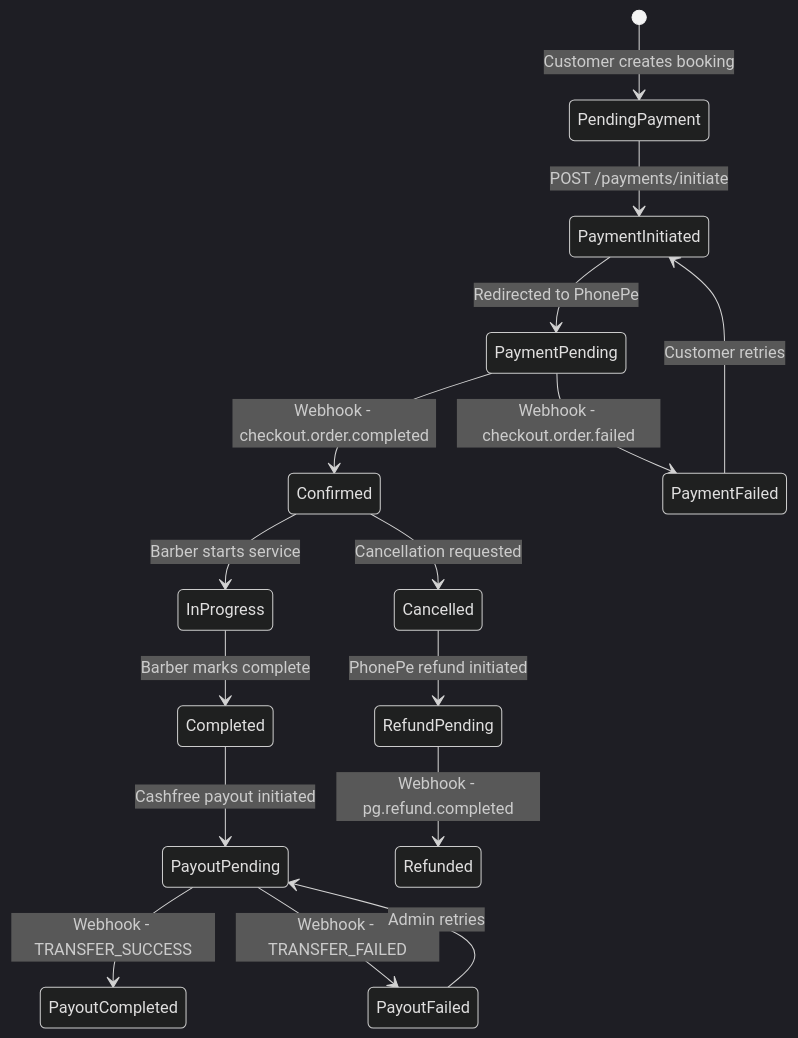
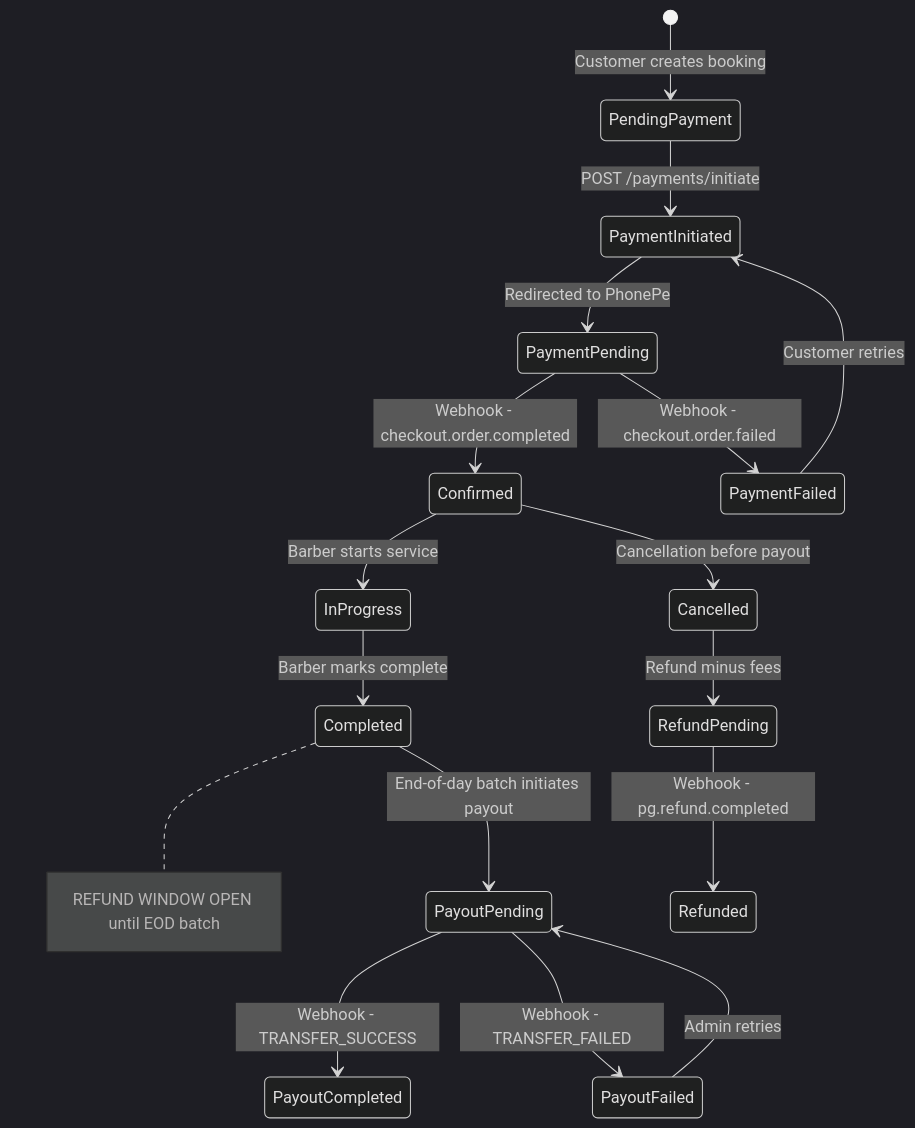
Before and after one commit to evercut-qn/EverCut: the fourth of 4 diagrams in server/docs/features/payments/PAYMENT-GATEWAY-IMPLEMENTATION-GUIDE.md, drawn with Mermaid (dark theme). The commit also changed other lines of this file and 2 other files, not shown here.

First line of the commit message:
docs(payments): add payment-payout logic and update implementation guide

````diff
--- a/server/docs/features/payments/PAYMENT-GATEWAY-IMPLEMENTATION-GUIDE.md
+++ b/server/docs/features/payments/PAYMENT-GATEWAY-IMPLEMENTATION-GUIDE.md
@@ -3236,18 +3481,19 @@
 ```mermaid
 stateDiagram-v2
     [*] --> PendingPayment : Customer creates booking
     PendingPayment --> PaymentInitiated : POST /payments/initiate
     PaymentInitiated --> PaymentPending : Redirected to PhonePe
     PaymentPending --> Confirmed : Webhook - checkout.order.completed
     PaymentPending --> PaymentFailed : Webhook - checkout.order.failed
     PaymentFailed --> PaymentInitiated : Customer retries
     Confirmed --> InProgress : Barber starts service
     InProgress --> Completed : Barber marks complete
-    Completed --> PayoutPending : Cashfree payout initiated
+    note right of Completed : REFUND WINDOW OPEN until EOD batch
+    Completed --> PayoutPending : End-of-day batch initiates payout
     PayoutPending --> PayoutCompleted : Webhook - TRANSFER_SUCCESS
     PayoutPending --> PayoutFailed : Webhook - TRANSFER_FAILED
     PayoutFailed --> PayoutPending : Admin retries
-    Confirmed --> Cancelled : Cancellation requested
-    Cancelled --> RefundPending : PhonePe refund initiated
+    Confirmed --> Cancelled : Cancellation before payout
+    Cancelled --> RefundPending : Refund minus fees
     RefundPending --> Refunded : Webhook - pg.refund.completed
 ```
````
